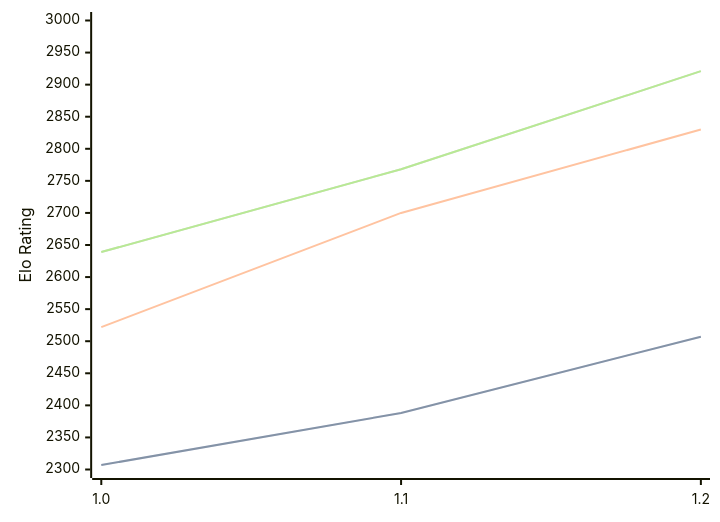
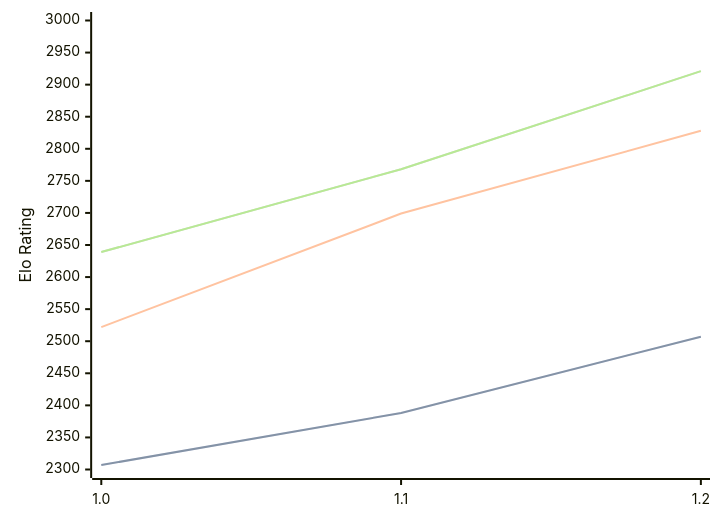
Before and after one commit to computer-chess-index/cci: the diagram in engines/FoxChess.md, drawn with Mermaid. The commit also changed other lines of this file, not shown here.

````diff
--- a/engines/FoxChess.md
+++ b/engines/FoxChess.md
@@ -33,11 +33,11 @@
 ```mermaid
 %%{init: {"theme":"base","themeVariables":{"seriesColors:['#a3a3a3','#222221','#faa371']}}}%%
 xychart-beta
   x-axis ["1.0", "1.1", "1.2"]
   y-axis "Elo Rating" 2300 --> 3000
   line "STC (8.0+0.08s)" [2307, 2388, 2507]
   line "STC (8.0+0.08s)" [2307, 2388, 2507]
-  line "LTC (60.0+0.60s)" [2522, 2700, 2830]
+  line "LTC (60.0+0.60s)" [2522, 2699, 2828]
   line "VLTC (2m24s+1.12s)" [2639, 2768, 2921]
   line "VLTC (2m24s+1.12s)" [2639, 2768, 2921]
 ```
````
